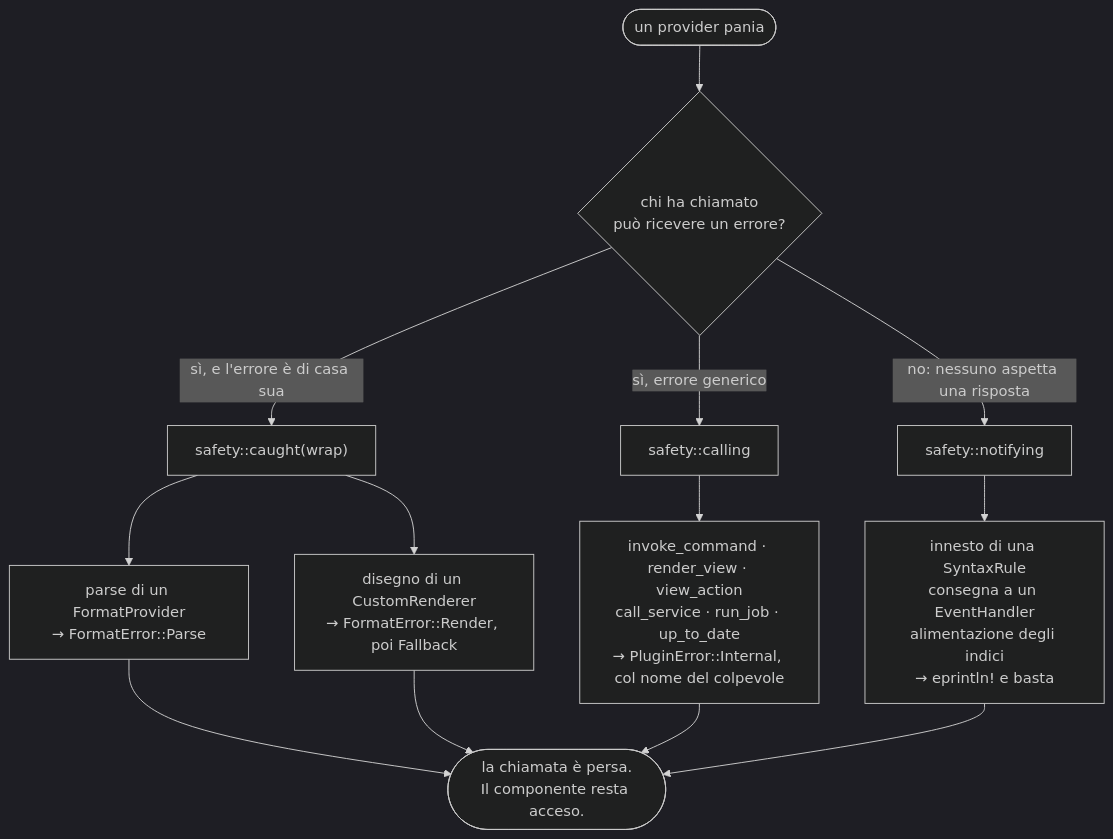
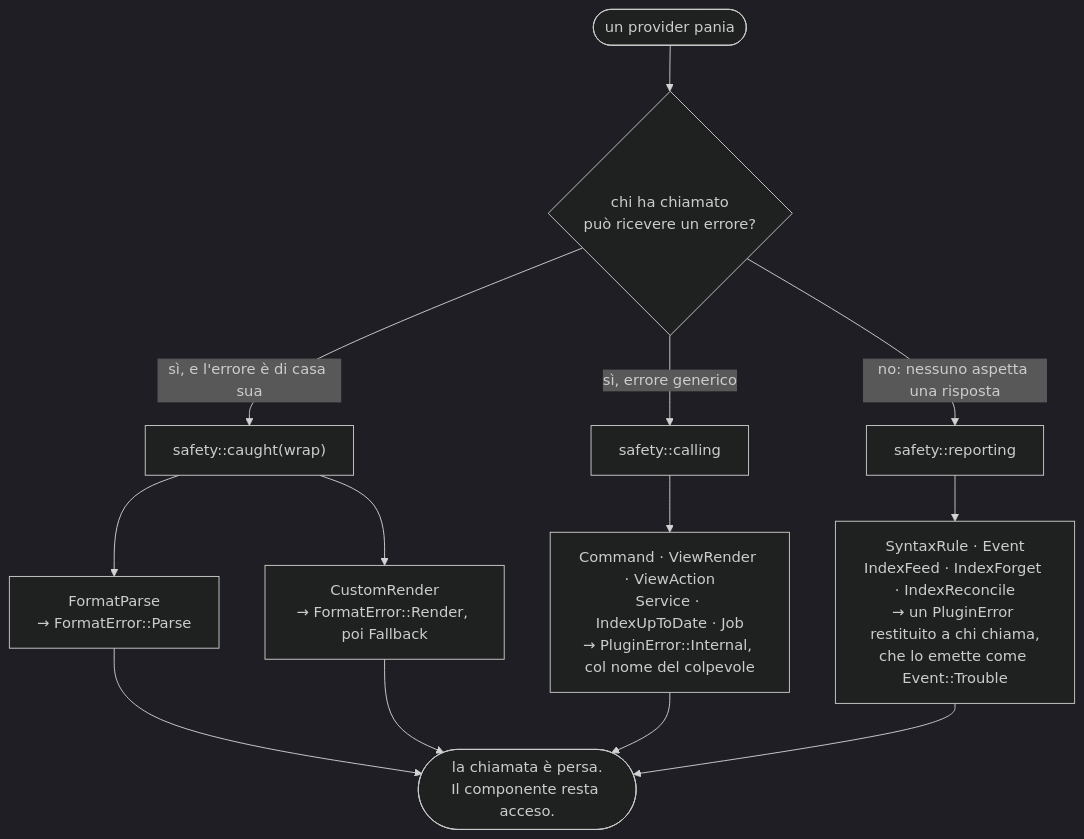
The third of 5 diagrams in docs/architecture/plugin-boundary.md (Fubeo/Fub), drawn with Mermaid (dark theme) before and after one commit. The commit also changed other lines of this file and 18 other files, not shown here.

Commit message:
feat(kernel,host,docs): un presupposto che chiede di essere ricordato è una scusa, e una porta che nessuno conta si apre in silenzio

````diff
--- a/docs/architecture/plugin-boundary.md
+++ b/docs/architecture/plugin-boundary.md
@@ -641,18 +667,18 @@
 ```mermaid
 flowchart TD
     P(["un provider pania"]) --> Q{"chi ha chiamato<br/>può ricevere un errore?"}
 
     Q -->|"sì, e l'errore è di casa sua"| C["safety::caught(wrap)"]
     Q -->|"sì, errore generico"| K["safety::calling"]
-    Q -->|"no: nessuno aspetta una risposta"| N["safety::notifying"]
+    Q -->|"no: nessuno aspetta una risposta"| N["safety::reporting"]
 
-    C --> C1["parse di un FormatProvider<br/>→ FormatError::Parse"]
-    C --> C2["disegno di un CustomRenderer<br/>→ FormatError::Render, poi Fallback"]
-    K --> K1["invoke_command · render_view · view_action<br/>call_service · run_job · up_to_date<br/>→ PluginError::Internal, col nome del colpevole"]
-    N --> N1["innesto di una SyntaxRule<br/>consegna a un EventHandler<br/>alimentazione degli indici<br/>→ eprintln! e basta"]
+    C --> C1["FormatParse<br/>→ FormatError::Parse"]
+    C --> C2["CustomRender<br/>→ FormatError::Render, poi Fallback"]
+    K --> K1["Command · ViewRender · ViewAction<br/>Service · IndexUpToDate · Job<br/>→ PluginError::Internal, col nome del colpevole"]
+    N --> N1["SyntaxRule · Event<br/>IndexFeed · IndexForget · IndexReconcile<br/>→ un PluginError restituito a chi chiama,<br/>che lo emette come Event::Trouble"]
 
     C1 --> R(["la chiamata è persa.<br/>Il componente resta acceso."])
     C2 --> R
     K1 --> R
     N1 --> R
 ```
````
